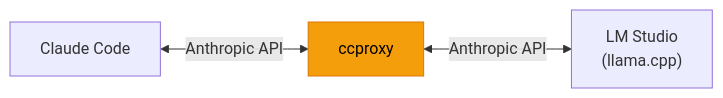
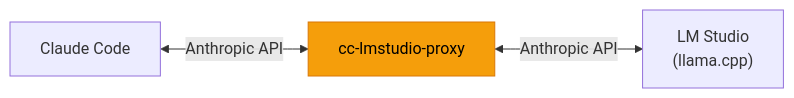
The diagram in README.md (gadget-amphone/cc-lmstudio-proxy), drawn with Mermaid before and after one commit. The commit also changed other lines of this file and 2 other files, not shown here.

Commit message:
rename: update project name from ccproxy to cc-lmstudio-proxy

````diff
--- a/README.md
+++ b/README.md
@@ -5,7 +5,7 @@
 ```mermaid
 flowchart LR
-  CC["Claude Code"] <-->|Anthropic API| P["ccproxy"]
+  CC["Claude Code"] <-->|Anthropic API| P["cc-lmstudio-proxy"]
   P <-->|Anthropic API| LM["LM Studio\n(llama.cpp)"]
 
   style P fill:#f59e0b,color:#000,stroke:#d97706
 ```
````
